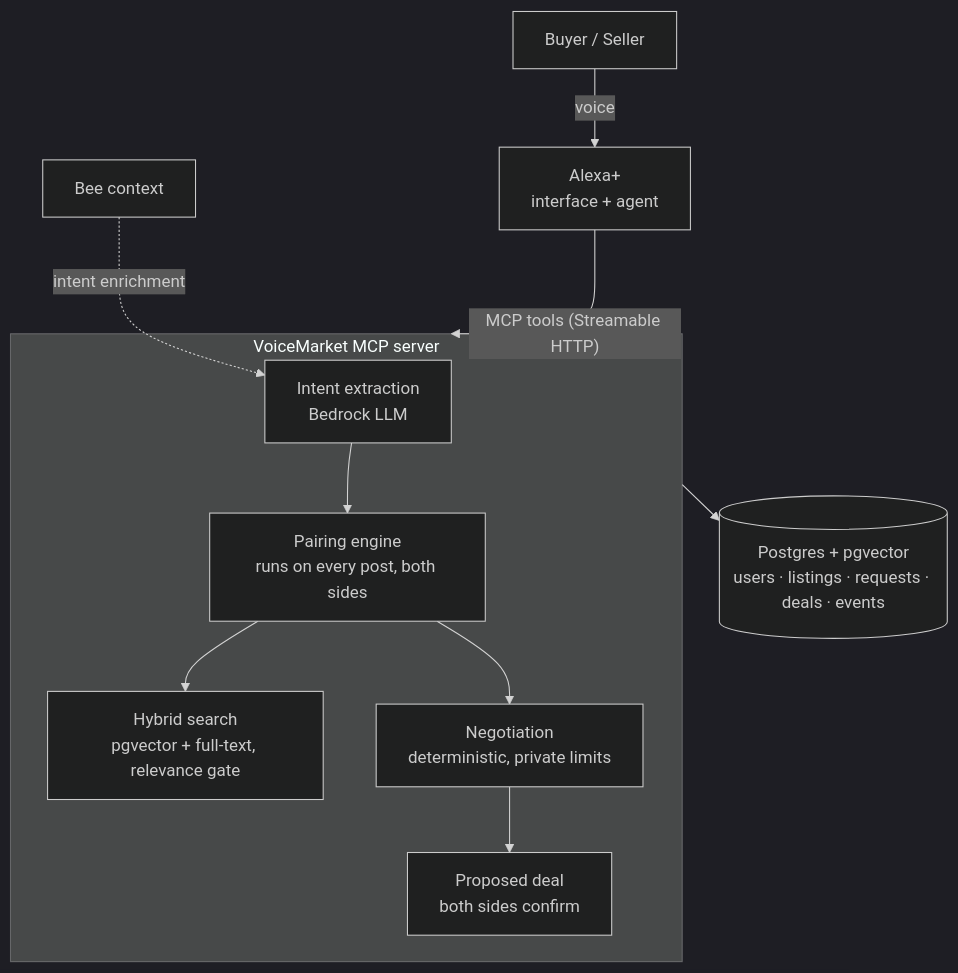
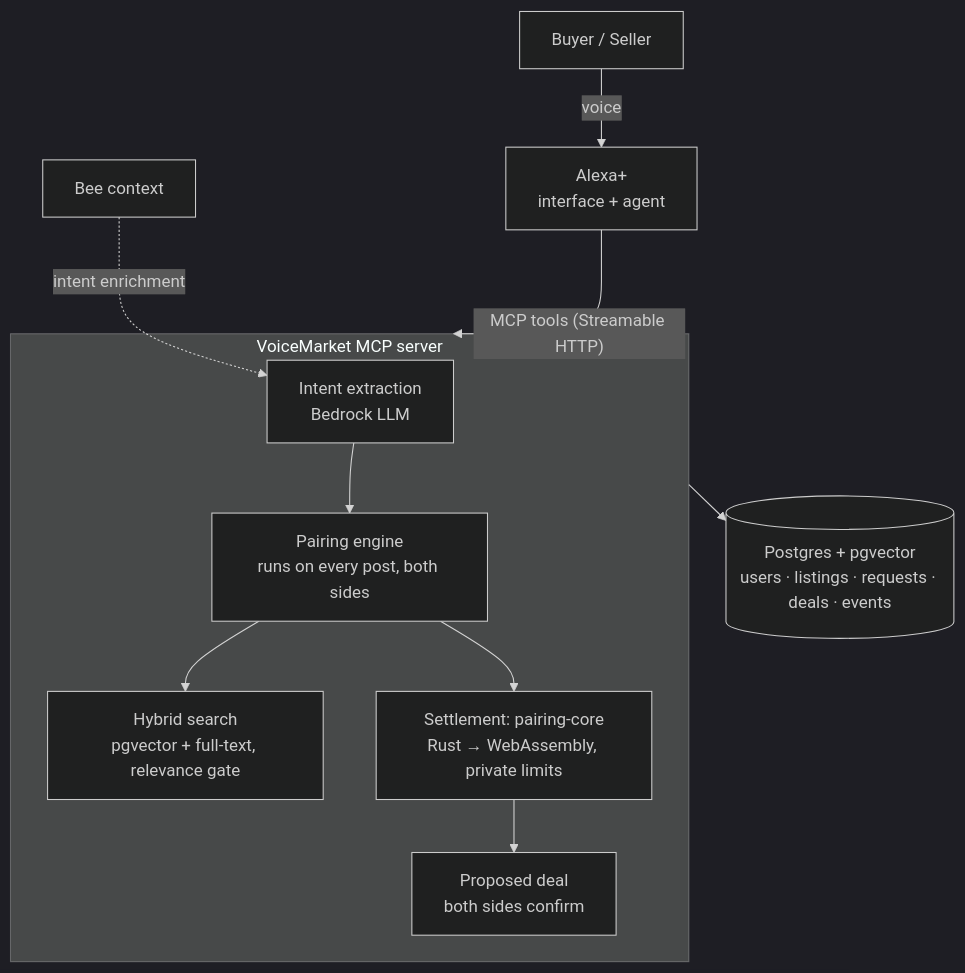
One commit to adamchoi787/amazon-pair-up changed the diagram in README.md. Above: the diagram before and after it, drawn with Mermaid (dark theme). The commit also changed other lines of this file and 15 other files, not shown here.

First line of the commit message:
Settle prices with pairing-core (Rust compiled to WebAssembly)

````diff
--- a/README.md
+++ b/README.md
@@ -45,13 +45,13 @@
 ```mermaid
 flowchart TB
   U[Buyer / Seller] -- voice --> A[Alexa+<br/>interface + agent]
   A -- "MCP tools (Streamable HTTP)" --> S
   subgraph S["VoiceMarket MCP server"]
     I[Intent extraction<br/>Bedrock LLM] --> P[Pairing engine<br/>runs on every post, both sides]
     P --> H[Hybrid search<br/>pgvector + full-text, relevance gate]
-    P --> N[Negotiation<br/>deterministic, private limits]
+    P --> N[Settlement: pairing-core<br/>Rust → WebAssembly, private limits]
     N --> D[Proposed deal<br/>both sides confirm]
   end
   S --> DB[(Postgres + pgvector<br/>users · listings · requests · deals · events)]
   B[Bee context] -. intent enrichment .-> I
 ```
````
